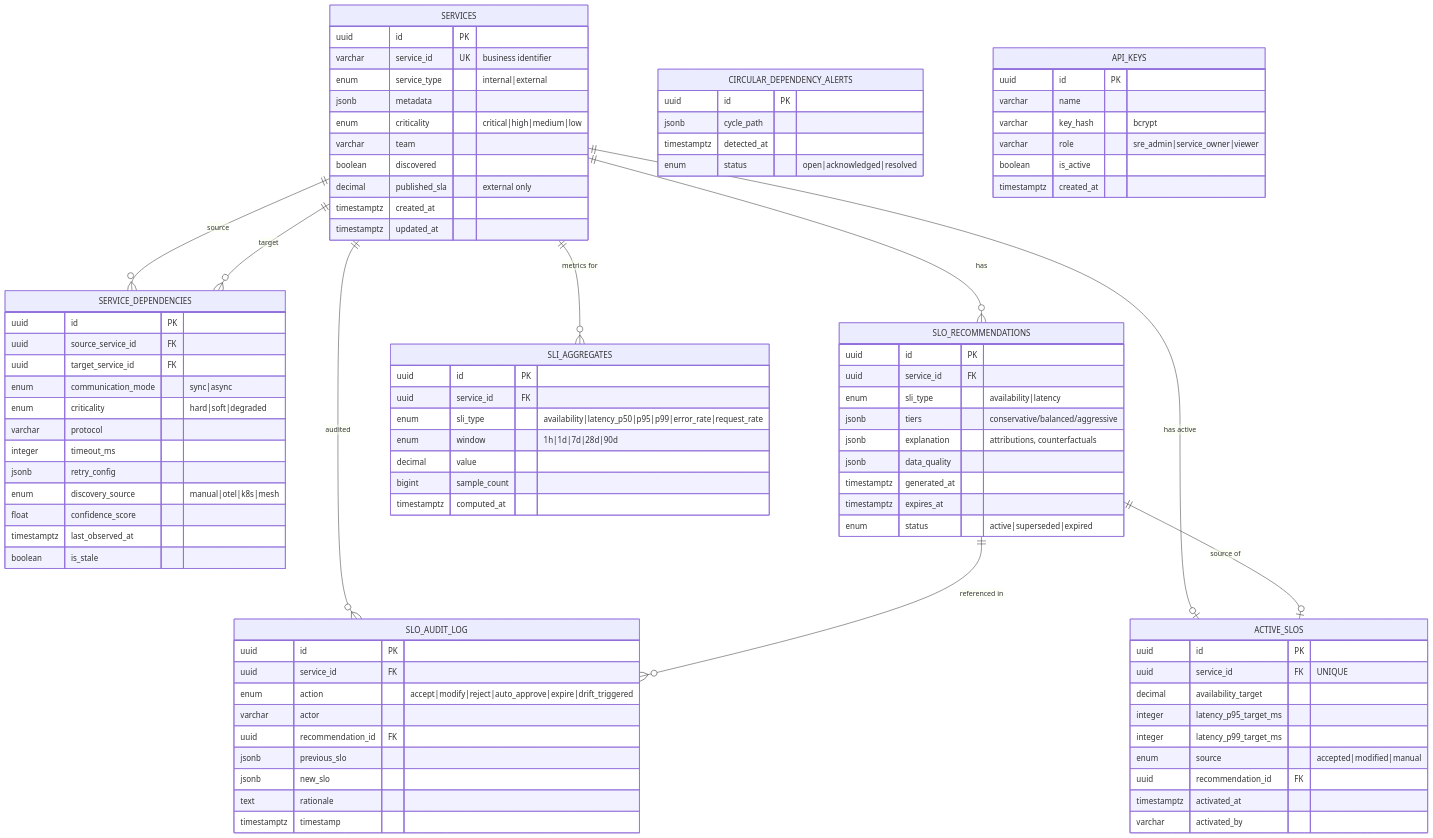
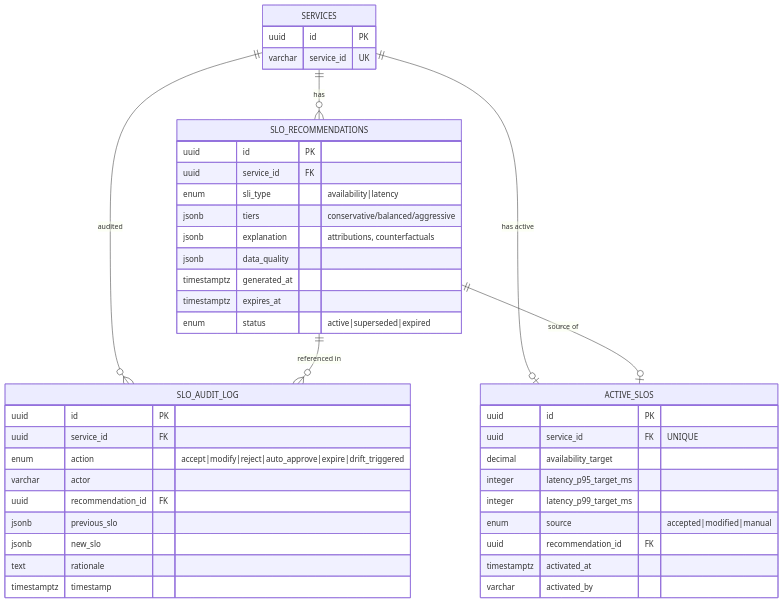
Before and after one commit to anant-gupta-utexas/slo-recommendation-engine: the fourth of 12 diagrams in docs/2_architecture/system_design.md, drawn with Mermaid. The commit also changed other lines of this file, not shown here.

```diff
--- a/docs/2_architecture/system_design.md
+++ b/docs/2_architecture/system_design.md
@@ -184,30 +291,7 @@
 erDiagram
     SERVICES {
         uuid id PK
-        varchar service_id UK "business identifier"
-        enum service_type "internal|external"
-        jsonb metadata
-        enum criticality "critical|high|medium|low"
-        varchar team
-        boolean discovered
-        decimal published_sla "external only"
-        timestamptz created_at
-        timestamptz updated_at
-    }
-
-    SERVICE_DEPENDENCIES {
-        uuid id PK
-        uuid source_service_id FK
-        uuid target_service_id FK
-        enum communication_mode "sync|async"
-        enum criticality "hard|soft|degraded"
-        varchar protocol
-        integer timeout_ms
-        jsonb retry_config
-        enum discovery_source "manual|otel|k8s|mesh"
-        float confidence_score
-        timestamptz last_observed_at
-        boolean is_stale
+        varchar service_id UK
     }
 
     SLO_RECOMMENDATIONS {
@@ -246,37 +330,8 @@
         timestamptz timestamp
     }
 
-    SLI_AGGREGATES {
-        uuid id PK
-        uuid service_id FK
-        enum sli_type "availability|latency_p50|p95|p99|error_rate|request_rate"
-        enum window "1h|1d|7d|28d|90d"
-        decimal value
-        bigint sample_count
-        timestamptz computed_at
-    }
-
-    CIRCULAR_DEPENDENCY_ALERTS {
-        uuid id PK
-        jsonb cycle_path
-        timestamptz detected_at
-        enum status "open|acknowledged|resolved"
-    }
-
-    API_KEYS {
-        uuid id PK
-        varchar name
-        varchar key_hash "bcrypt"
-        varchar role "sre_admin|service_owner|viewer"
-        boolean is_active
-        timestamptz created_at
-    }
-
-    SERVICES ||--o{ SERVICE_DEPENDENCIES : "source"
-    SERVICES ||--o{ SERVICE_DEPENDENCIES : "target"
     SERVICES ||--o{ SLO_RECOMMENDATIONS : "has"
     SERVICES ||--o| ACTIVE_SLOS : "has active"
-    SERVICES ||--o{ SLI_AGGREGATES : "metrics for"
     SERVICES ||--o{ SLO_AUDIT_LOG : "audited"
     SLO_RECOMMENDATIONS ||--o{ SLO_AUDIT_LOG : "referenced in"
     SLO_RECOMMENDATIONS ||--o| ACTIVE_SLOS : "source of"
```
